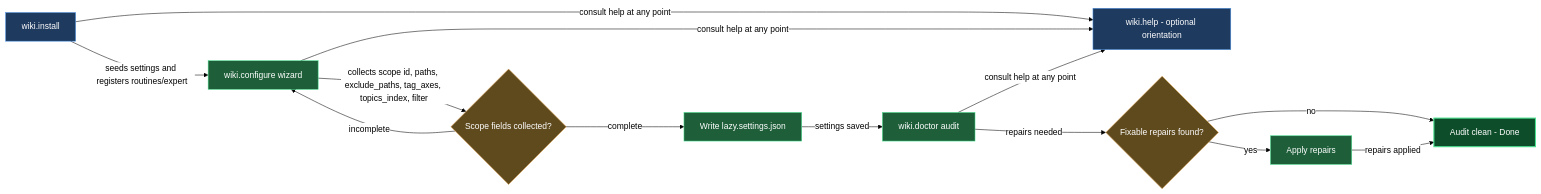
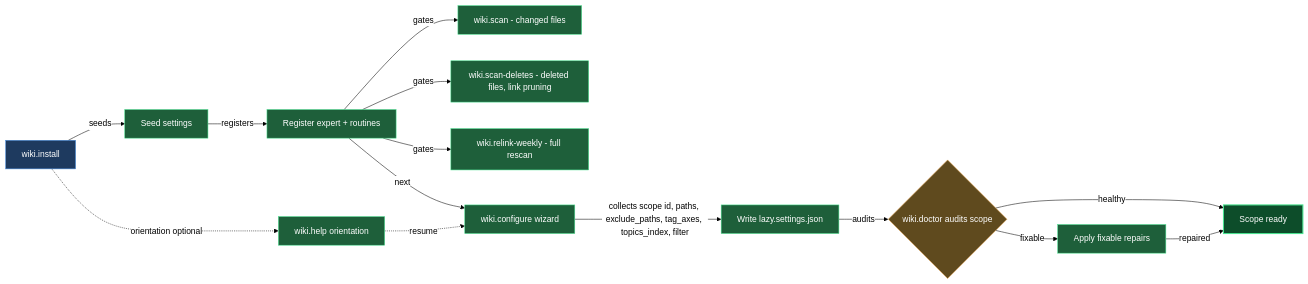
Before and after one commit to mebius-san/lazy-cortex: the diagram in claude/lazycortex-wiki/help/install-and-audit.md, drawn with Mermaid. The commit also changed other lines of this file and 34 other files, not shown here.

````diff
--- a/claude/lazycortex-wiki/help/install-and-audit.md
+++ b/claude/lazycortex-wiki/help/install-and-audit.md
@@ -47,41 +49,48 @@
 ```mermaid
 %%{init: {'themeVariables':{'background':'transparent','lineColor':'#000','textColor':'#000','edgeLabelBackground':'#fff'},'themeCSS':'.edgeLabel{background-color:transparent!important}.edgeLabel p{background-color:transparent!important}','flowchart':{'diagramPadding':5,'useMaxWidth':true}}}%%
 flowchart LR
   wikiInstall[wiki.install]
-  wikiHelp[wiki.help - optional orientation]
+  seedSettings[Seed settings]
+  registerExpert[Register expert + routines]
+  wikiScanChanged[wiki.scan - changed files]
+  wikiScanDeletes[wiki.scan-deletes - deleted files, link pruning]
+  wikiRelinkWeekly[wiki.relink-weekly - full rescan]
   wikiConfigure[wiki.configure wizard]
-  collectScope{Scope fields collected?}
-  writeLazySettings[Write lazy.settings.json]
-  wikiDoctor[wiki.doctor audit]
-  repairsNeeded{Fixable repairs found?}
-  applyRepairs[Apply repairs]
-  auditClean[Audit clean - Done]
+  writeSettings[Write lazy.settings.json]
+  wikiDoctor{wiki.doctor audits scope}
+  applyFixes[Apply fixable repairs]
+  doneReady[Scope ready]
+  wikiHelp[wiki.help orientation]
 
-  wikiInstall -->|seeds settings and registers routines/expert| wikiConfigure
-  wikiInstall -->|consult help at any point| wikiHelp
-  wikiConfigure -->|consult help at any point| wikiHelp
-  wikiDoctor -->|consult help at any point| wikiHelp
-  wikiConfigure -->|collects scope id, paths, exclude_paths, tag_axes, topics_index, filter| collectScope
-  collectScope -->|incomplete| wikiConfigure
-  collectScope -->|complete| writeLazySettings
-  writeLazySettings -->|settings saved| wikiDoctor
-  wikiDoctor -->|repairs needed| repairsNeeded
-  repairsNeeded -->|yes| applyRepairs
-  repairsNeeded -->|no| auditClean
-  applyRepairs -->|repairs applied| auditClean
+  wikiInstall -->|seeds| seedSettings
+  seedSettings -->|registers| registerExpert
+  registerExpert -->|gates| wikiScanChanged
+  registerExpert -->|gates| wikiScanDeletes
+  registerExpert -->|gates| wikiRelinkWeekly
+  registerExpert -->|next| wikiConfigure
+  wikiConfigure -->|collects scope id, paths, exclude_paths, tag_axes, topics_index, filter| writeSettings
+  writeSettings -->|audits| wikiDoctor
+  wikiDoctor -->|fixable| applyFixes
+  wikiDoctor -->|healthy| doneReady
+  applyFixes -->|repaired| doneReady
+  wikiInstall -.->|orientation optional| wikiHelp
+  wikiHelp -.->|resume| wikiConfigure
 
   classDef entry fill:#1e3a5f,stroke:#4a90e2,color:#fff
   classDef guard fill:#5f4a1e,stroke:#e2a14a,color:#fff
   classDef action fill:#1e5f3a,stroke:#4ae290,color:#fff
   classDef success fill:#0d4d2a,stroke:#4ae290,color:#fff,stroke-width:2px
 
   class wikiInstall entry
-  class wikiHelp entry
+  class wikiDoctor guard
+  class seedSettings action
+  class registerExpert action
+  class wikiScanChanged action
+  class wikiScanDeletes action
+  class wikiRelinkWeekly action
   class wikiConfigure action
-  class collectScope guard
-  class writeLazySettings action
-  class wikiDoctor action
-  class repairsNeeded guard
-  class applyRepairs action
-  class auditClean success
+  class writeSettings action
+  class applyFixes action
+  class wikiHelp action
+  class doneReady success
 ```
````
